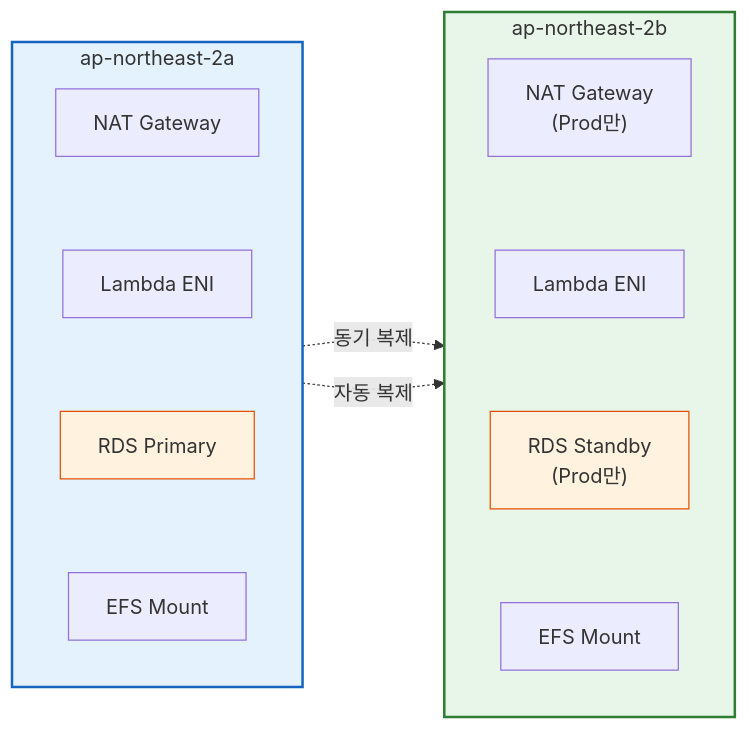
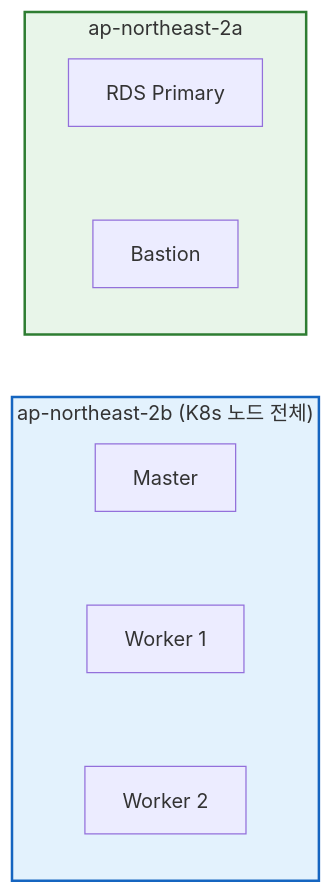
Before and after one commit to revenantonthemission/2-cho-community-infra: diagram 11 of 18 in report.md, drawn with Mermaid. The commit also changed other lines of this file and 4 other files, not shown here.

````diff
--- a/report.md
+++ b/report.md
@@ -693,28 +602,20 @@
 ```mermaid
 flowchart LR
+    subgraph AZ_B["ap-northeast-2b (K8s 노드 전체)"]
+        direction TB
+        Master["Master"]
+        Worker1["Worker 1"]
+        Worker2["Worker 2"]
+        Master ~~~ Worker1 ~~~ Worker2
+    end
+
     subgraph AZ_A["ap-northeast-2a"]
         direction TB
-        NAT_A["NAT Gateway"]
-        Lambda_A["Lambda ENI"]
         RDS_A["RDS Primary"]
-        EFS_MA["EFS Mount"]
-        NAT_A ~~~ Lambda_A ~~~ RDS_A ~~~ EFS_MA
+        Bastion["Bastion"]
+        RDS_A ~~~ Bastion
     end
 
-    subgraph AZ_B["ap-northeast-2b"]
-        direction TB
-        NAT_B["NAT Gateway<br/>(Prod만)"]
-        Lambda_B["Lambda ENI"]
-        RDS_B["RDS Standby<br/>(Prod만)"]
-        EFS_MB["EFS Mount"]
-        NAT_B ~~~ Lambda_B ~~~ RDS_B ~~~ EFS_MB
-    end
-
-    RDS_A -. "동기 복제" .-> RDS_B
-    EFS_MA -. "자동 복제" .-> EFS_MB
-
-    style AZ_A fill:#e3f2fd,stroke:#1565c0,stroke-width:2px
-    style AZ_B fill:#e8f5e9,stroke:#2e7d32,stroke-width:2px
-    style RDS_A fill:#fff3e0,stroke:#e65100
-    style RDS_B fill:#fff3e0,stroke:#e65100
+    style AZ_B fill:#e3f2fd,stroke:#1565c0,stroke-width:2px
+    style AZ_A fill:#e8f5e9,stroke:#2e7d32,stroke-width:2px
 ```
````
